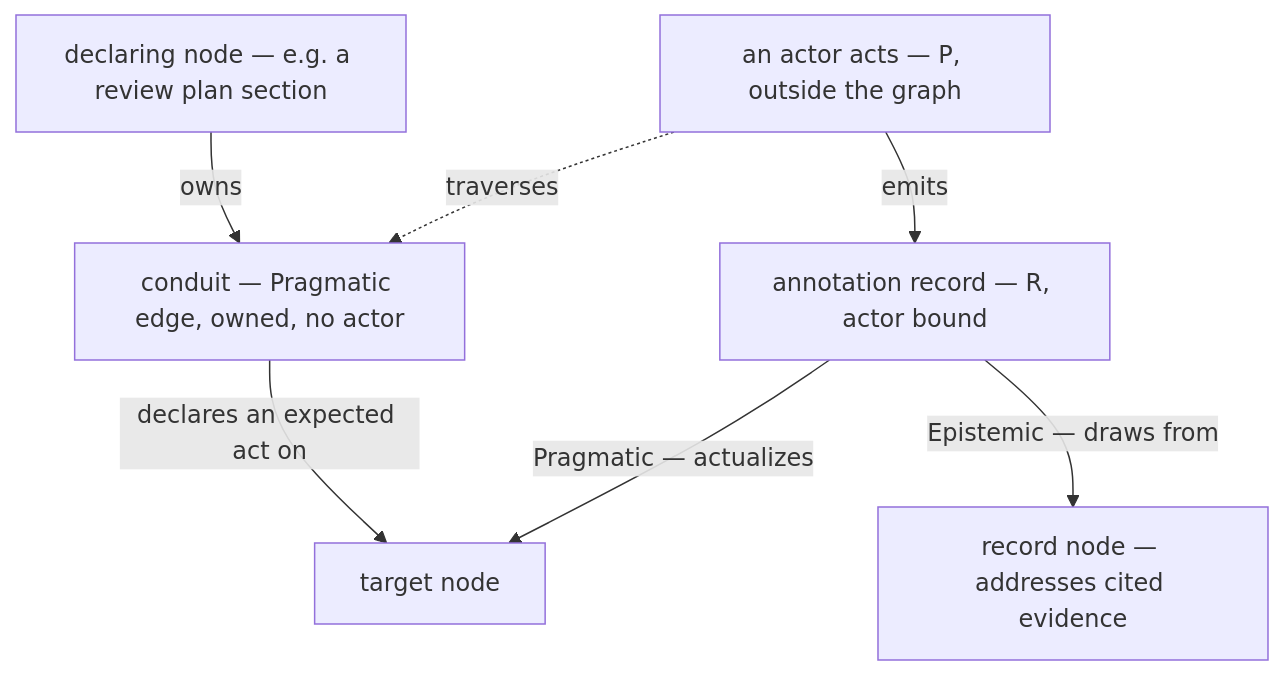
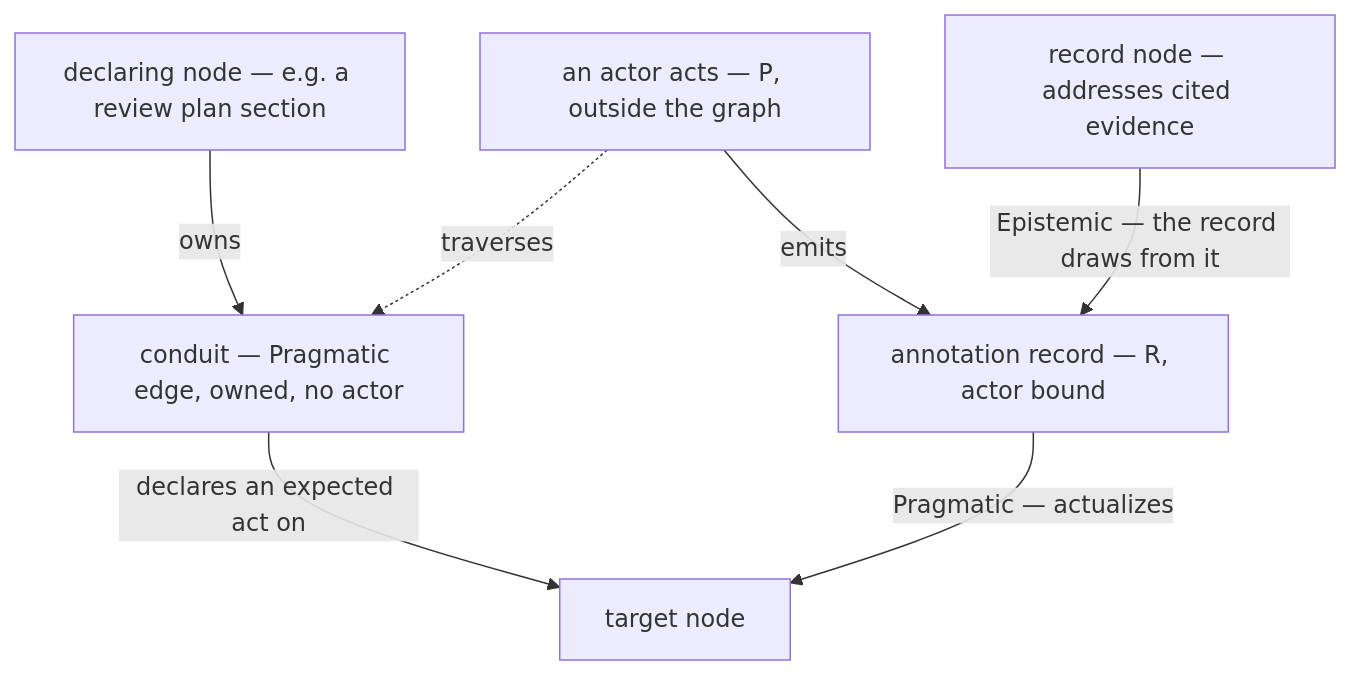
The first of 2 diagrams in docs/design/annotation/living_corpus.md (buildonomy/noet-core), drawn with Mermaid before and after one commit. The commit also changed other lines of this file and 55 other files, not shown here.

````diff
--- a/docs/design/annotation/living_corpus.md
+++ b/docs/design/annotation/living_corpus.md
@@ -456,16 +539,16 @@
 ```mermaid
 graph TB
     OWN["declaring node — e.g. a review plan section"]
     CON["conduit — Pragmatic edge, owned, no actor"]
     TGT["target node"]
     ACT["an actor acts — P, outside the graph"]
     REC["annotation record — R, actor bound"]
     EVD["record node — addresses cited evidence"]
 
     OWN -->|owns| CON
     CON -->|"declares an expected act on"| TGT
     ACT -.->|traverses| CON
     ACT -->|emits| REC
     REC -->|"Pragmatic — actualizes"| TGT
-    REC -->|"Epistemic — draws from"| EVD
+    EVD -->|"Epistemic — the record draws from it"| REC
 ```
````
